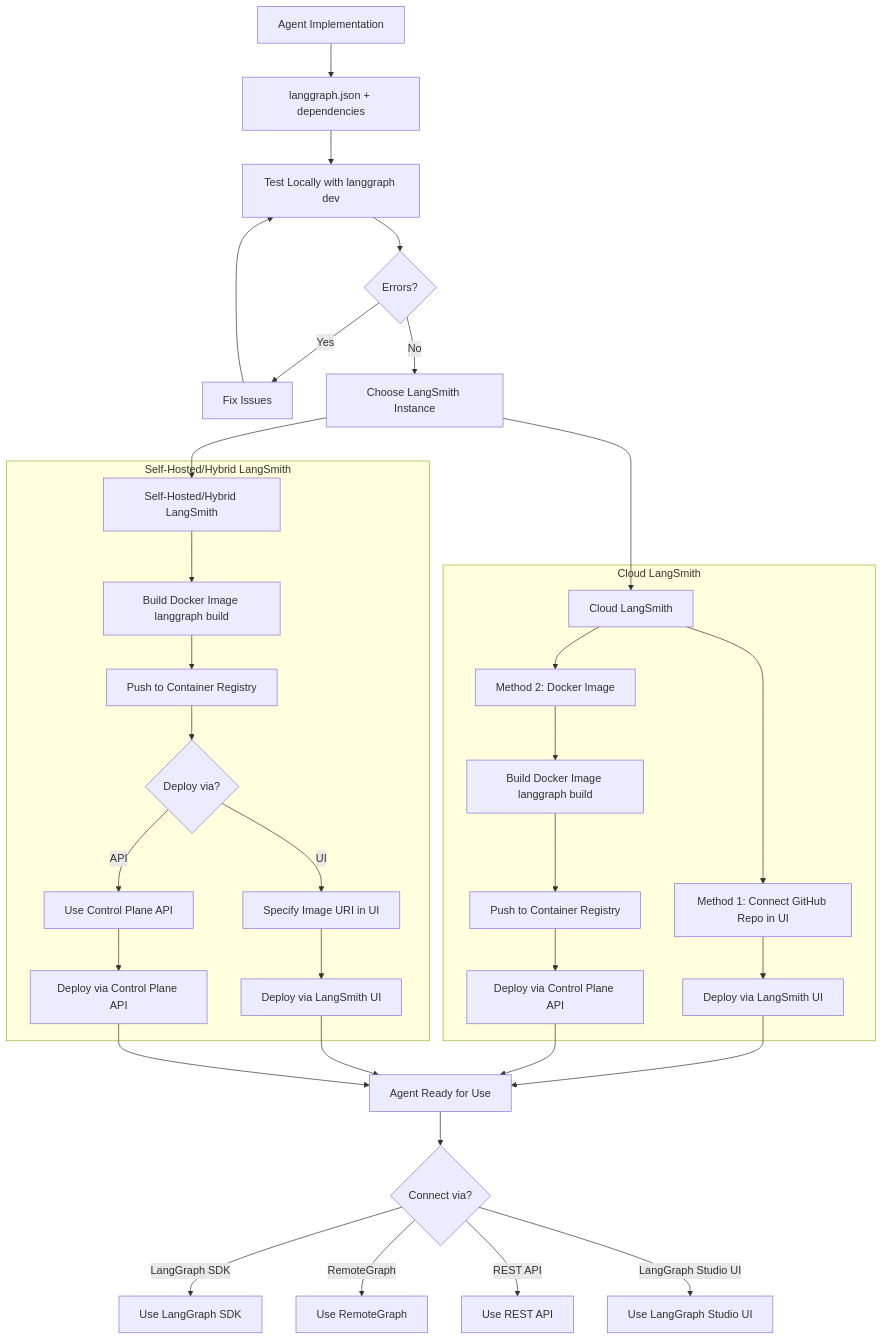
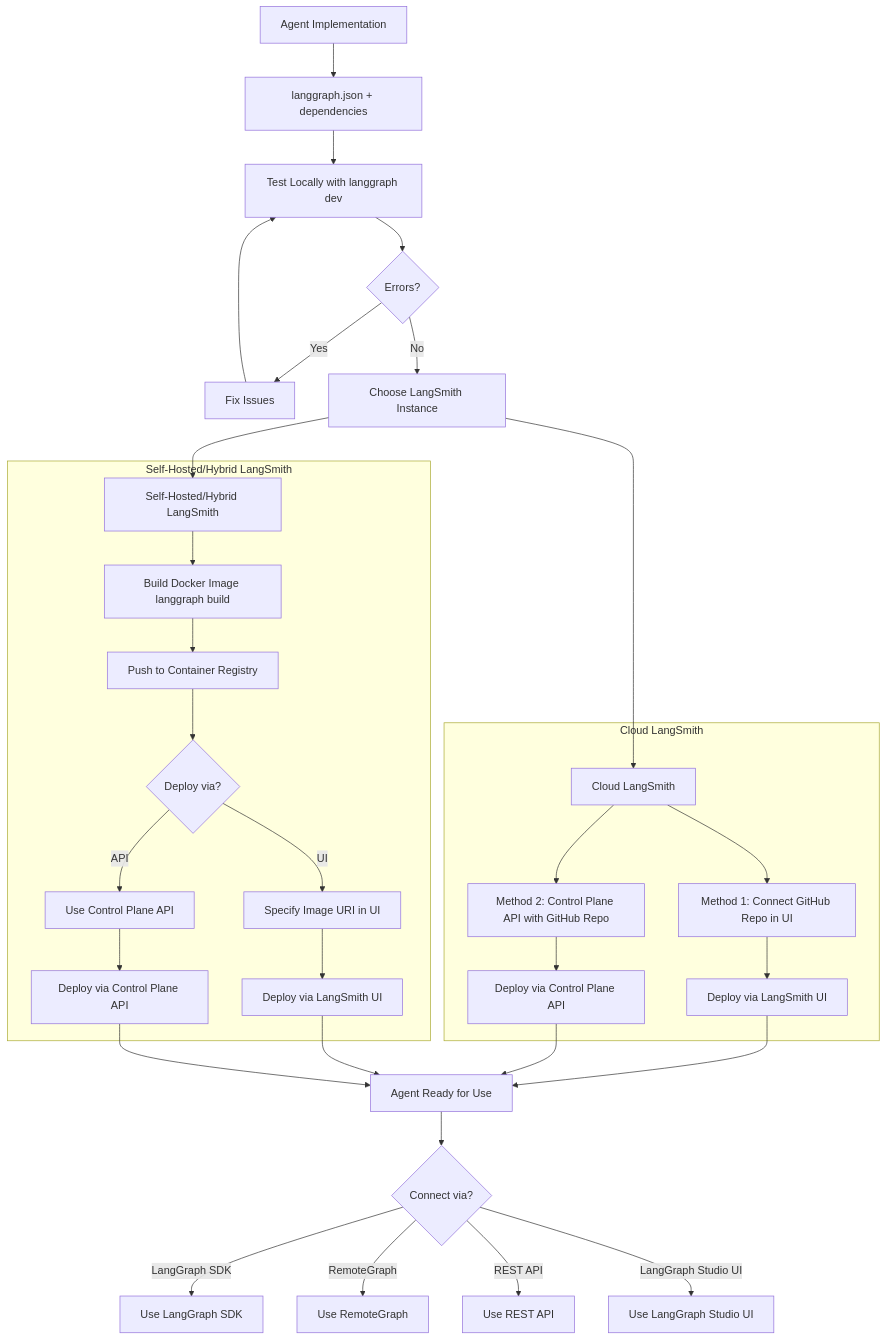
Before and after one commit to wpbarco/docs: the second of 2 diagrams in src/langsmith/cicd-pipeline-example.mdx, drawn with Mermaid. The commit also changed other lines of this file, not shown here.

````diff
--- a/src/langsmith/cicd-pipeline-example.mdx
+++ b/src/langsmith/cicd-pipeline-example.mdx
@@ -142,42 +142,40 @@
 ```mermaid
 graph TD
     A[Agent Implementation] --> B[langgraph.json + dependencies]
     B --> C[Test Locally with langgraph dev]
     C --> D{Errors?}
     D -->|Yes| E[Fix Issues]
     E --> C
     D -->|No| F[Choose LangSmith Instance]
 
     F --> G[Cloud LangSmith]
     F --> H[Self-Hosted/Hybrid LangSmith]
 
     subgraph "Cloud LangSmith"
         G --> I[Method 1: Connect GitHub Repo in UI]
-        G --> J[Method 2: Docker Image]
+        G --> J[Method 2: Control Plane API with GitHub Repo]
         I --> K[Deploy via LangSmith UI]
-        J --> L[Build Docker Image langgraph build]
-        L --> M[Push to Container Registry]
-        M --> N[Deploy via Control Plane API]
+        J --> L[Deploy via Control Plane API]
     end
 
     subgraph "Self-Hosted/Hybrid LangSmith"
         H --> S[Build Docker Image langgraph build]
         S --> T[Push to Container Registry]
         T --> U{Deploy via?}
         U -->|UI| V[Specify Image URI in UI]
         U -->|API| W[Use Control Plane API]
         V --> X[Deploy via LangSmith UI]
         W --> Y[Deploy via Control Plane API]
     end
 
     K --> AA[Agent Ready for Use]
-    N --> AA
+    L --> AA
     X --> AA
     Y --> AA
 
     AA --> BB{Connect via?}
     BB -->|LangGraph SDK| CC[Use LangGraph SDK]
     BB -->|RemoteGraph| DD[Use RemoteGraph]
     BB -->|REST API| EE[Use REST API]
     BB -->|LangGraph Studio UI| FF[Use LangGraph Studio UI]
 ```
````
